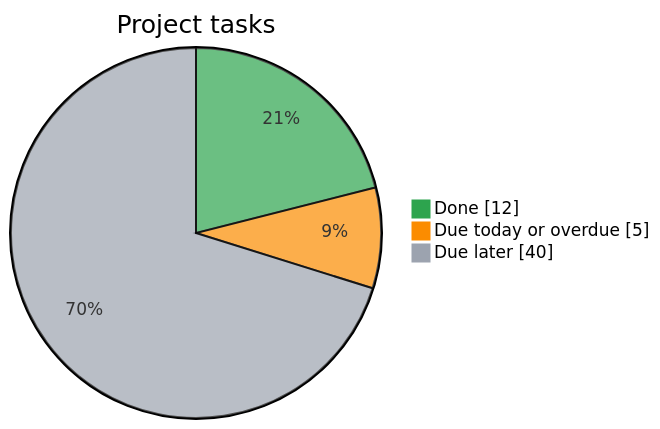
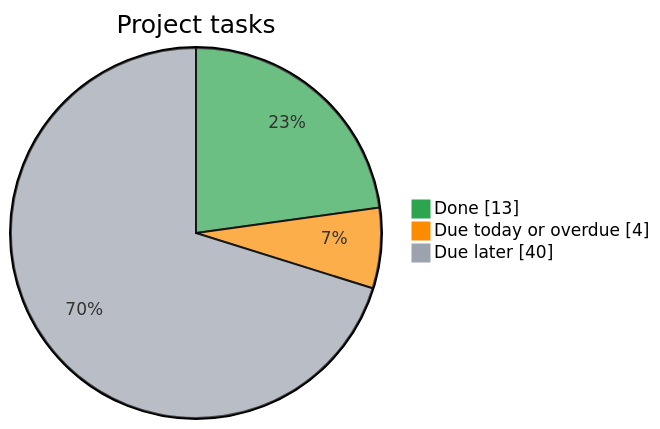
Before and after one commit to Kr1sKros/IKT466-Corporate-Bankruptcy-Predictor: the diagram in README.md, drawn with Mermaid. The commit also changed other lines of this file, not shown here.

Commit message:
docs: refresh task dashboard

````diff
--- a/README.md
+++ b/README.md
@@ -8,8 +8,8 @@
 ```mermaid
 %%{init: {"themeVariables": {"pie1": "#2da44e", "pie2": "#fb8c00", "pie3": "#9ca3af"}}}%%
 pie showData
     title Project tasks
-    "Done" : 12
-    "Due today or overdue" : 5
+    "Done" : 13
+    "Due today or overdue" : 4
     "Due later" : 40
 ```
````
